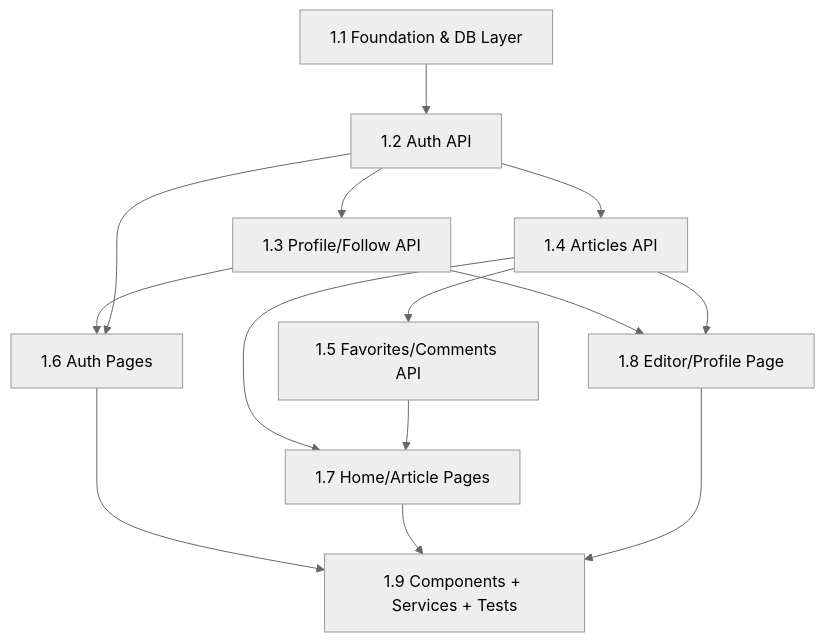
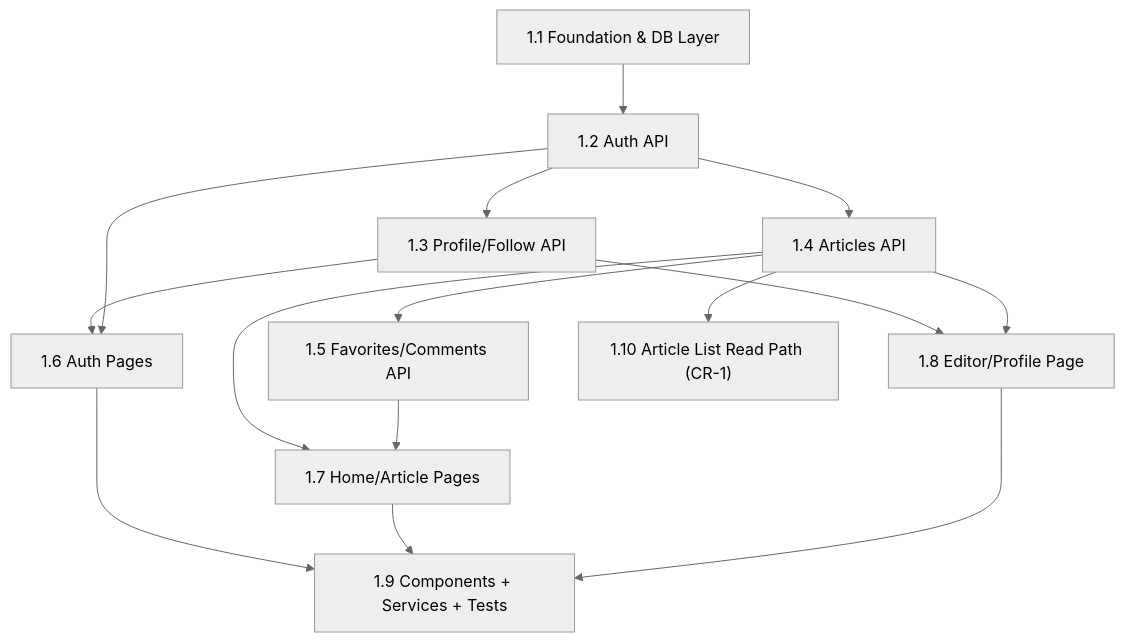
The diagram in runtime-artifacts/aire-state.md (revanta-biswas/conduit-helix-test), drawn with Mermaid (neutral theme) before and after one commit. The commit also changed other lines of this file and 20 other files, not shown here.

````diff
--- a/runtime-artifacts/aire-state.md
+++ b/runtime-artifacts/aire-state.md
@@ -100,26 +109,28 @@
 ```mermaid
 graph TD
     S11["1.1 Foundation & DB Layer"]
     S12["1.2 Auth API"]
     S13["1.3 Profile/Follow API"]
     S14["1.4 Articles API"]
     S15["1.5 Favorites/Comments API"]
     S16["1.6 Auth Pages"]
     S17["1.7 Home/Article Pages"]
     S18["1.8 Editor/Profile Page"]
     S19["1.9 Components + Services + Tests"]
+    S110["1.10 Article List Read Path (CR-1)"]
 
     S11 --> S12
     S12 --> S13
     S12 --> S14
     S13 --> S16
     S12 --> S16
     S14 --> S15
     S14 --> S17
     S15 --> S17
     S13 --> S18
     S14 --> S18
     S16 --> S19
     S17 --> S19
     S18 --> S19
+    S14 --> S110
 ```
````
